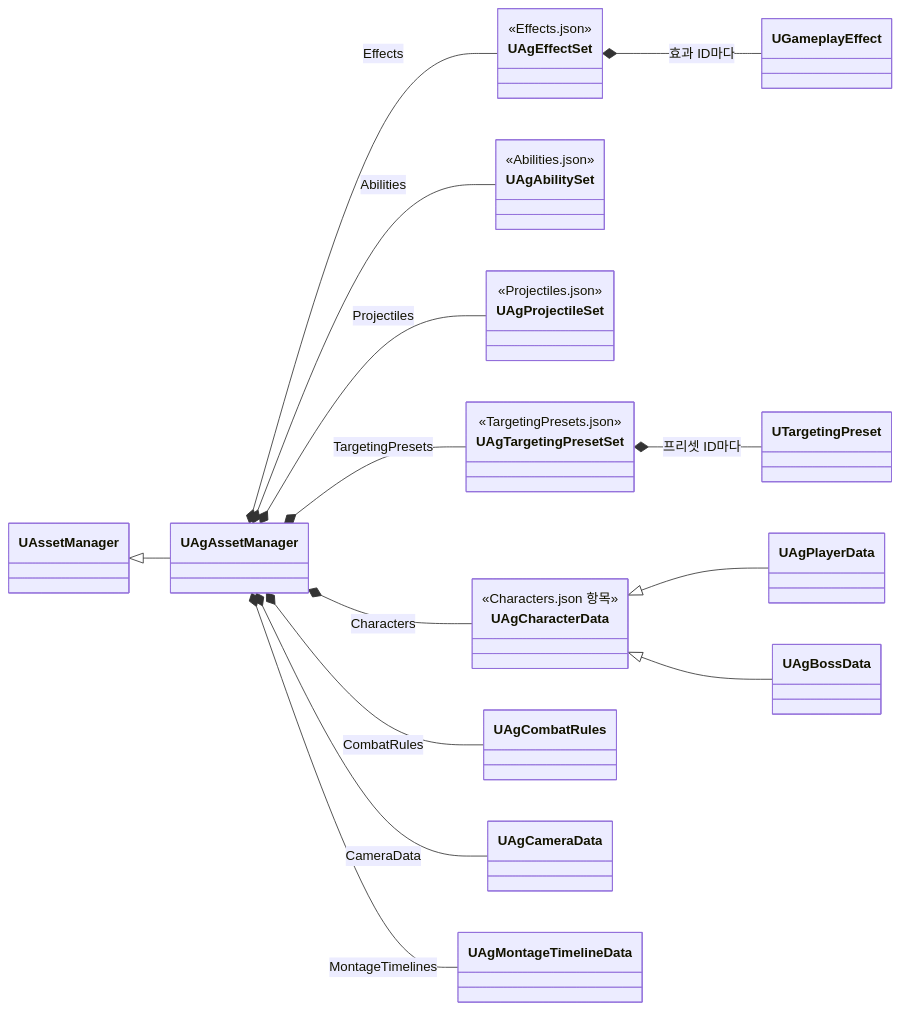
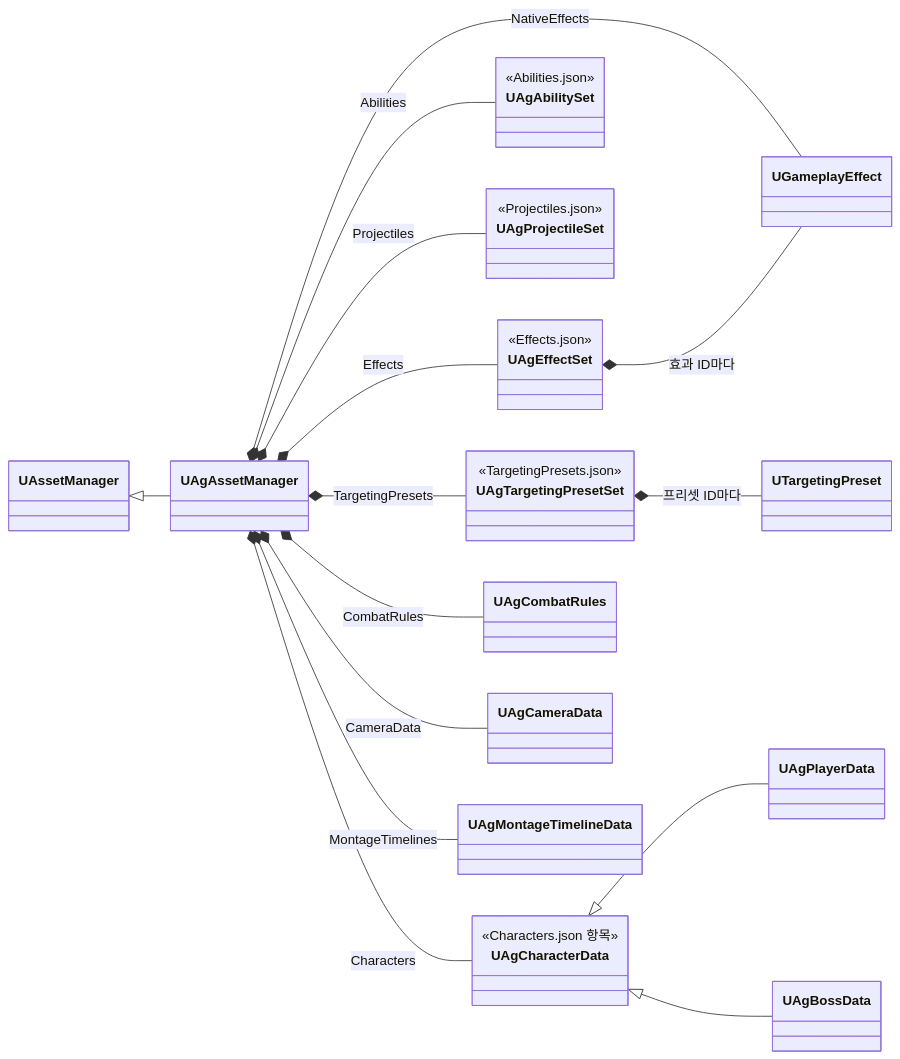
Before and after one commit to Woogl/Ag: the second of 2 diagrams in Docs/Program/JSON 데이터.md, drawn with Mermaid. The commit also changed other lines of this file and 146 other files, not shown here.

````diff
--- a/Docs/Program/JSON 데이터.md
+++ b/Docs/Program/JSON 데이터.md
@@ -150,32 +176,33 @@
 ```mermaid
 classDiagram
     direction LR
     class UAgEffectSet {
         <<Effects.json>>
     }
     class UAgAbilitySet {
         <<Abilities.json>>
     }
     class UAgProjectileSet {
         <<Projectiles.json>>
     }
     class UAgTargetingPresetSet {
         <<TargetingPresets.json>>
     }
     class UAgCharacterData {
         <<Characters.json 항목>>
     }
     UAssetManager <|-- UAgAssetManager
     UAgAssetManager *-- UAgCombatRules : CombatRules
     UAgAssetManager *-- UAgCameraData : CameraData
     UAgAssetManager *-- UAgEffectSet : Effects
+    UAgAssetManager *-- UGameplayEffect : NativeEffects
     UAgAssetManager *-- UAgProjectileSet : Projectiles
     UAgAssetManager *-- UAgMontageTimelineData : MontageTimelines
     UAgAssetManager *-- UAgTargetingPresetSet : TargetingPresets
     UAgAssetManager *-- UAgAbilitySet : Abilities
     UAgAssetManager *-- UAgCharacterData : Characters
     UAgEffectSet *-- UGameplayEffect : 효과 ID마다
     UAgTargetingPresetSet *-- UTargetingPreset : 프리셋 ID마다
     UAgCharacterData <|-- UAgPlayerData
     UAgCharacterData <|-- UAgBossData
 ```
````
